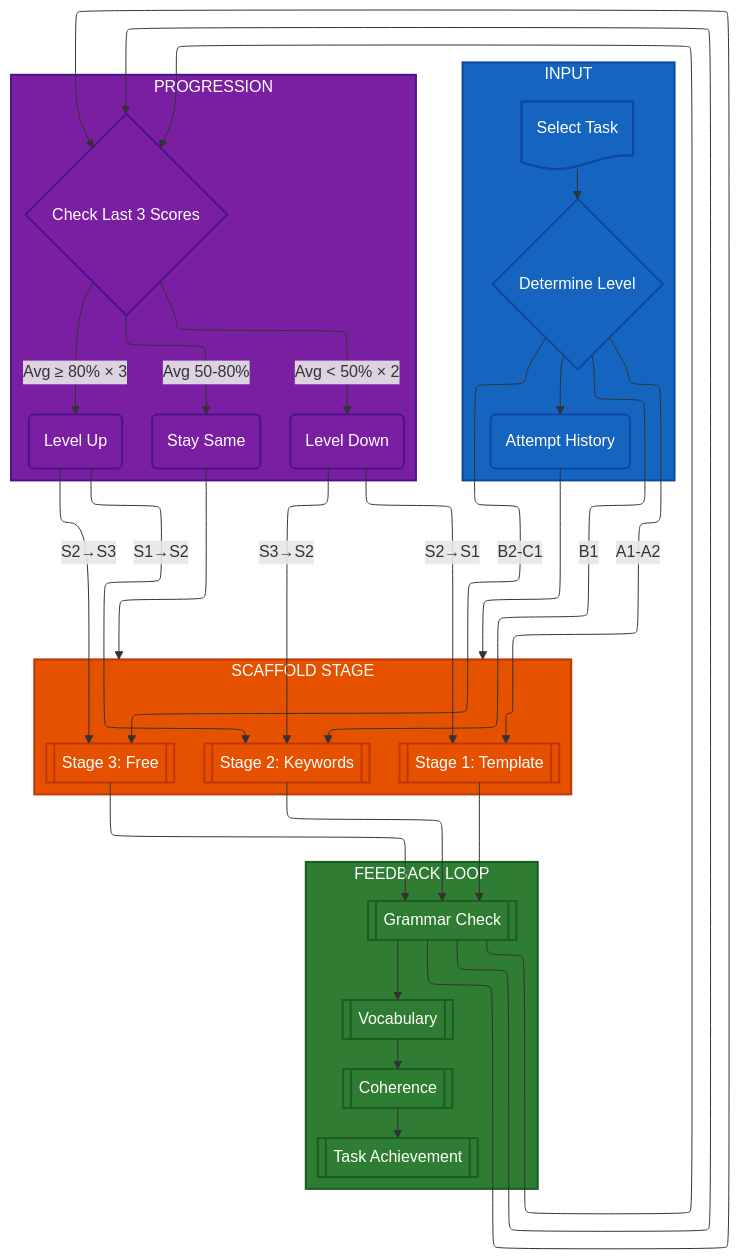
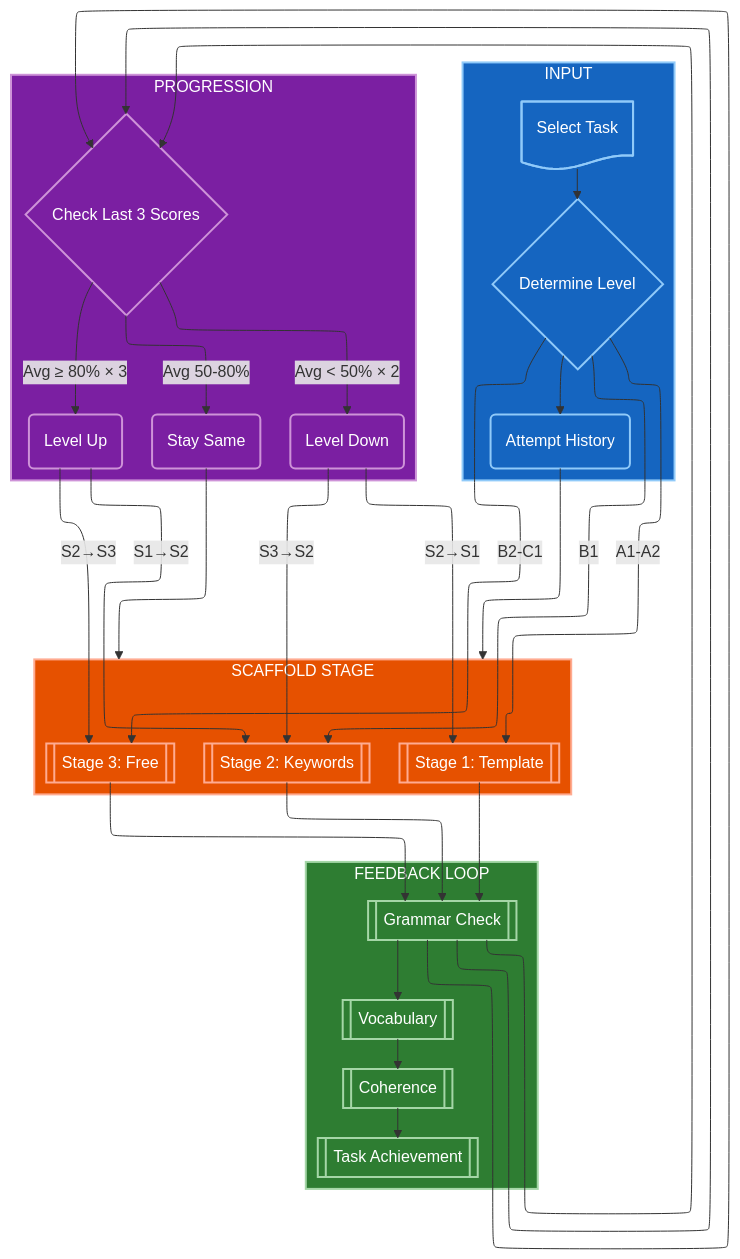
Before and after one commit to nghyane/VSTEP: the tenth of 12 diagrams in docs/capstone/diagrams/flow-diagrams.vi.md, drawn with Mermaid. The commit also changed other lines of this file, not shown here.

First line of the commit message:
fix(docs): optimize diagram colors for dark/light mode compatibility

````diff
--- a/docs/capstone/diagrams/flow-diagrams.vi.md
+++ b/docs/capstone/diagrams/flow-diagrams.vi.md
@@ -578,64 +578,64 @@
 ```mermaid
 ---
 config:
   layout: elk
 ---
 flowchart TB
     subgraph Input["INPUT"]
         Task@{ shape: doc, label: "Select Task" }
         Level@{ shape: diam, label: "Determine Level" }
         History@{ shape: rounded, label: "Attempt History" }
     end
 
     subgraph Stage["SCAFFOLD STAGE"]
         direction LR
         S1@{ shape: fr-rect, label: "Stage 1: Template" }
         S2@{ shape: fr-rect, label: "Stage 2: Keywords" }
         S3@{ shape: fr-rect, label: "Stage 3: Free" }
     end
 
     subgraph Feedback["FEEDBACK LOOP"]
         direction TB
         Grammar@{ shape: fr-rect, label: "Grammar Check" }
         Vocab@{ shape: fr-rect, label: "Vocabulary" }
         Cohesion@{ shape: fr-rect, label: "Coherence" }
         TaskResp@{ shape: fr-rect, label: "Task Achievement" }
     end
 
     subgraph Progression["PROGRESSION"]
         Check@{ shape: diam, label: "Check Last 3 Scores" }
         Up@{ shape: rounded, label: "Level Up" }
         Stay@{ shape: rounded, label: "Stay Same" }
         Down@{ shape: rounded, label: "Level Down" }
     end
 
     Task --> Level --> History --> Stage
     Level -->|"A1-A2"| S1
     Level -->|"B1"| S2
     Level -->|"B2-C1"| S3
     
     S1 --> Grammar --> Check
     S2 --> Grammar --> Check
     S3 --> Grammar --> Check
     Grammar --> Vocab --> Cohesion --> TaskResp
     
     Check -->|"Avg ≥ 80% × 3"| Up
     Check -->|"Avg 50-80%"| Stay
     Check -->|"Avg < 50% × 2"| Down
     
     Up -->|"S1→S2"| S2
     Up -->|"S2→S3"| S3
     Stay --> Stage
     Down -->|"S2→S1"| S1
     Down -->|"S3→S2"| S2
 
-    classDef input fill:#1565c0,stroke:#0d47a1,stroke-width:2px,color:#fff
-    classDef stage fill:#e65100,stroke:#bf360c,stroke-width:2px,color:#fff
-    classDef feedback fill:#2e7d32,stroke:#1b5e20,stroke-width:2px,color:#fff
-    classDef progress fill:#7b1fa2,stroke:#4a148c,stroke-width:2px,color:#fff
+    classDef input fill:#1565c0,stroke:#90caf9,stroke-width:2px,color:#fff
+    classDef stage fill:#e65100,stroke:#ffab91,stroke-width:2px,color:#fff
+    classDef feedback fill:#2e7d32,stroke:#a5d6a7,stroke-width:2px,color:#fff
+    classDef progress fill:#7b1fa2,stroke:#ce93d8,stroke-width:2px,color:#fff
 
     class Input,Task,Level,History input
     class Stage,S1,S2,S3 stage
     class Feedback,Grammar,Vocab,Cohesion,TaskResp feedback
     class Progression,Check,Up,Stay,Down progress
 ```
````
